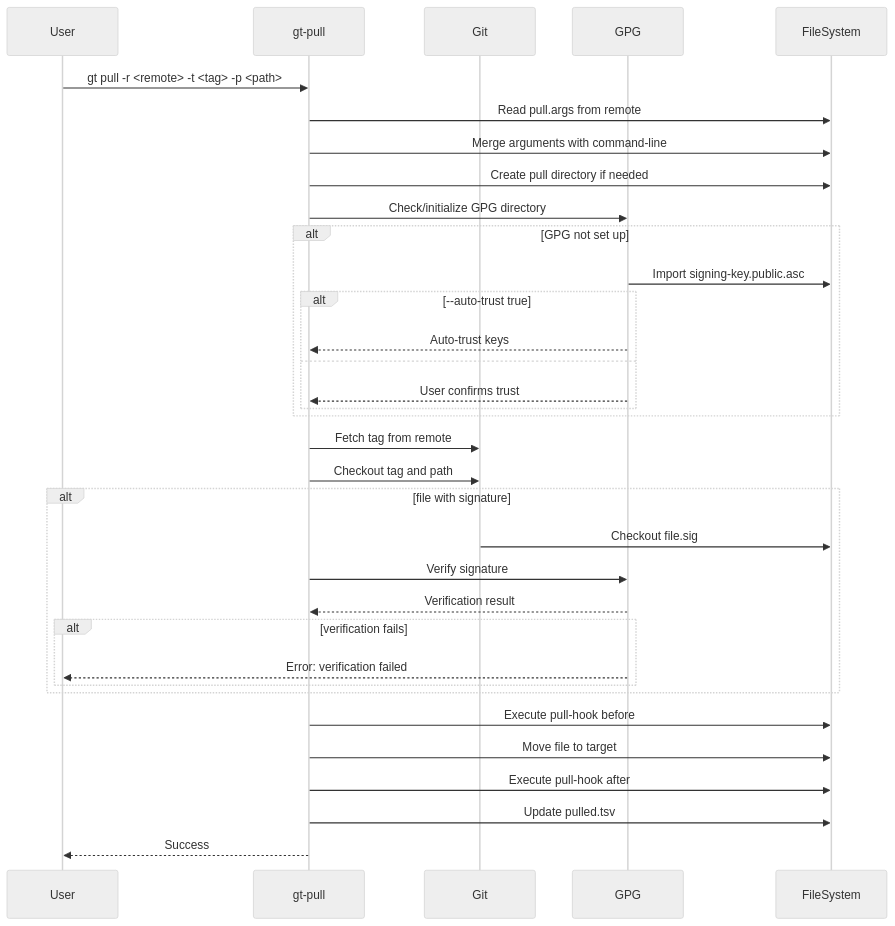
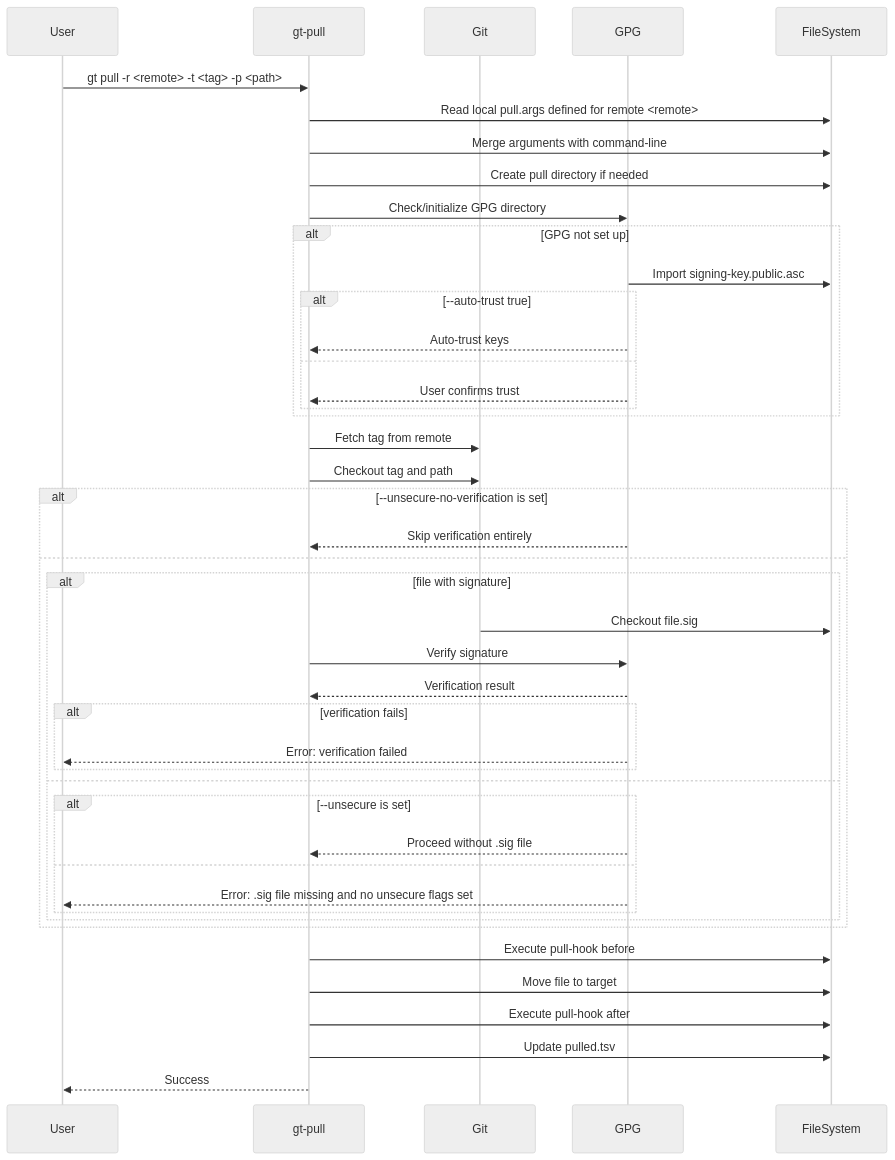
One commit to tegonal/gt changed the first of 4 diagrams in spec/pull.md. Above: the diagram before and after it, drawn with Mermaid (neutral theme). The commit also changed other lines of this file and 3 other files, not shown here.

````diff
--- a/spec/pull.md
+++ b/spec/pull.md
@@ -29,37 +10,47 @@
 ```mermaid
 sequenceDiagram
     participant User
     participant gt-pull
     participant Git
     participant GPG
     participant FileSystem
 
     User->>gt-pull: gt pull -r <remote> -t <tag> -p <path>
-    gt-pull->>FileSystem: Read pull.args from remote
+    gt-pull->>FileSystem: Read local pull.args defined for remote <remote>
     gt-pull->>FileSystem: Merge arguments with command-line
     gt-pull->>FileSystem: Create pull directory if needed
     gt-pull->>GPG: Check/initialize GPG directory
     alt GPG not set up
         GPG->>FileSystem: Import signing-key.public.asc
         alt --auto-trust true
             GPG-->>gt-pull: Auto-trust keys
         else
             GPG-->>gt-pull: User confirms trust
         end
     end
     gt-pull->>Git: Fetch tag from remote
     gt-pull->>Git: Checkout tag and path
-    alt file with signature
-        Git->>FileSystem: Checkout file.sig
-        gt-pull->>GPG: Verify signature
-        GPG-->>gt-pull: Verification result
-        alt verification fails
-            GPG-->>User: Error: verification failed
-        end
+    alt --unsecure-no-verification is set
+		GPG-->>gt-pull: Skip verification entirely
+	else
+    	alt file with signature
+			Git->>FileSystem: Checkout file.sig
+			gt-pull->>GPG: Verify signature
+			GPG-->>gt-pull: Verification result
+			alt verification fails
+				GPG-->>User: Error: verification failed
+			end
+		else
+			alt --unsecure is set
+				GPG-->>gt-pull: Proceed without .sig file
+			else
+				GPG-->>User: Error: .sig file missing and no unsecure flags set
+			end
+		end
     end
     gt-pull->>FileSystem: Execute pull-hook before
     gt-pull->>FileSystem: Move file to target
     gt-pull->>FileSystem: Execute pull-hook after
     gt-pull->>FileSystem: Update pulled.tsv
     gt-pull-->>User: Success
 ```
````
